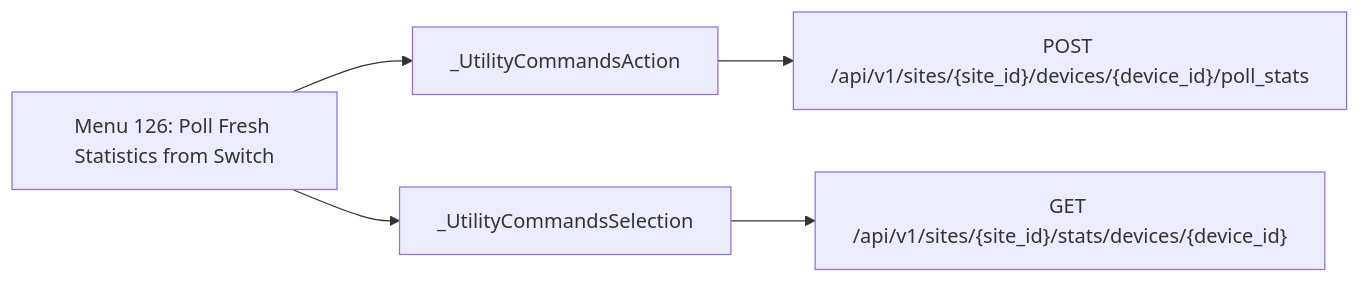
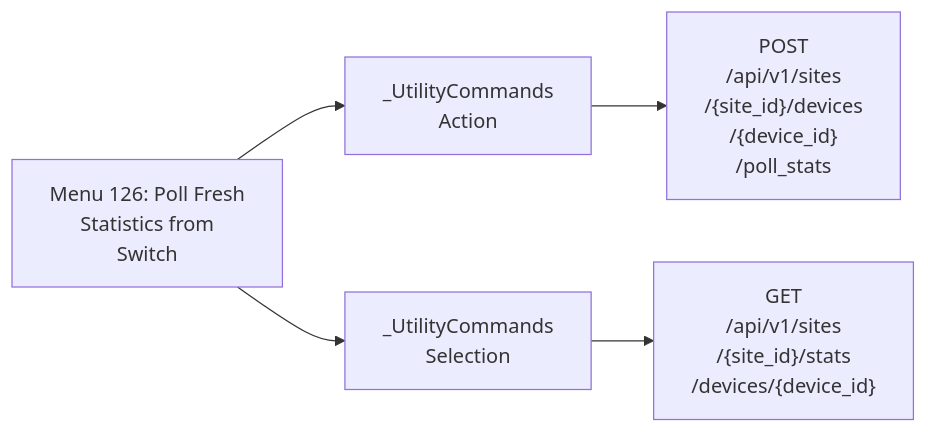
The fourth of 28 diagrams in documentation/menu-api/interactive.md (jmorrison-juniper/MistHelper), drawn with Mermaid before and after one commit. The commit also changed other lines of this file and 19 other files, not shown here.

First line of the commit message:
docs(menu-api): fit the Mermaid diagrams to the wiki column

````diff
--- a/documentation/menu-api/interactive.md
+++ b/documentation/menu-api/interactive.md
@@ -246,8 +98,8 @@
 ```mermaid
 flowchart LR
-    menu["Menu 126: Poll Fresh Statistics from Switch"]
-    menu --> c1["_UtilityCommandsAction"]
-    c1 --> e1["POST /api/v1/sites/{site_id}/devices/{device_id}/poll_stats"]
-    menu --> c2["_UtilityCommandsSelection"]
-    c2 --> e2["GET /api/v1/sites/{site_id}/stats/devices/{device_id}"]
+    menu["Menu 126: Poll Fresh<br/>Statistics from<br/>Switch"]
+    menu --> c1["_UtilityCommands<br/>Action"]
+    c1 --> e1["POST<br/>/api/v1/sites<br/>/{site_id}/devices<br/>/{device_id}<br/>/poll_stats"]
+    menu --> c2["_UtilityCommands<br/>Selection"]
+    c2 --> e2["GET<br/>/api/v1/sites<br/>/{site_id}/stats<br/>/devices/{device_id}"]
 ```
````
